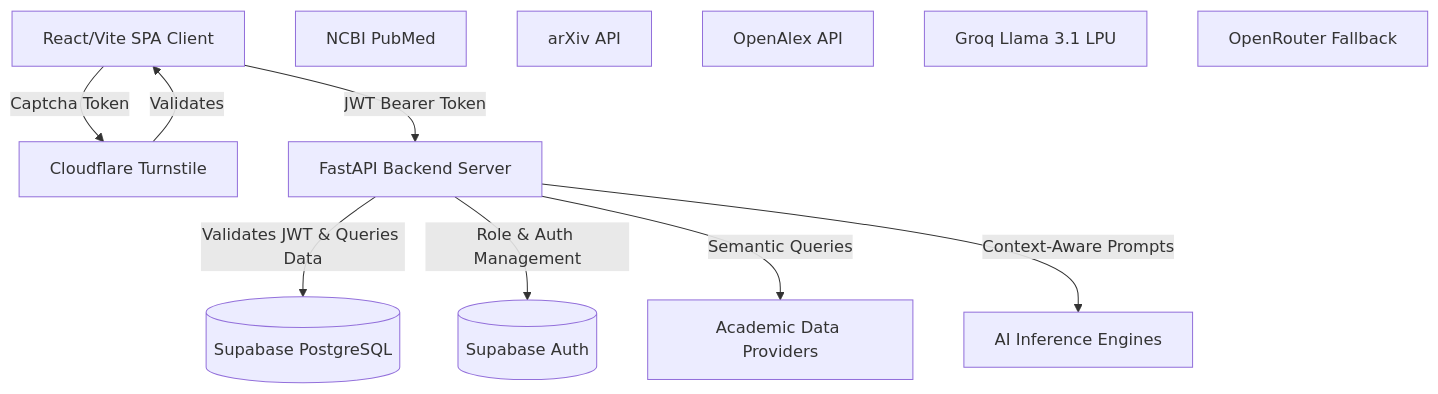
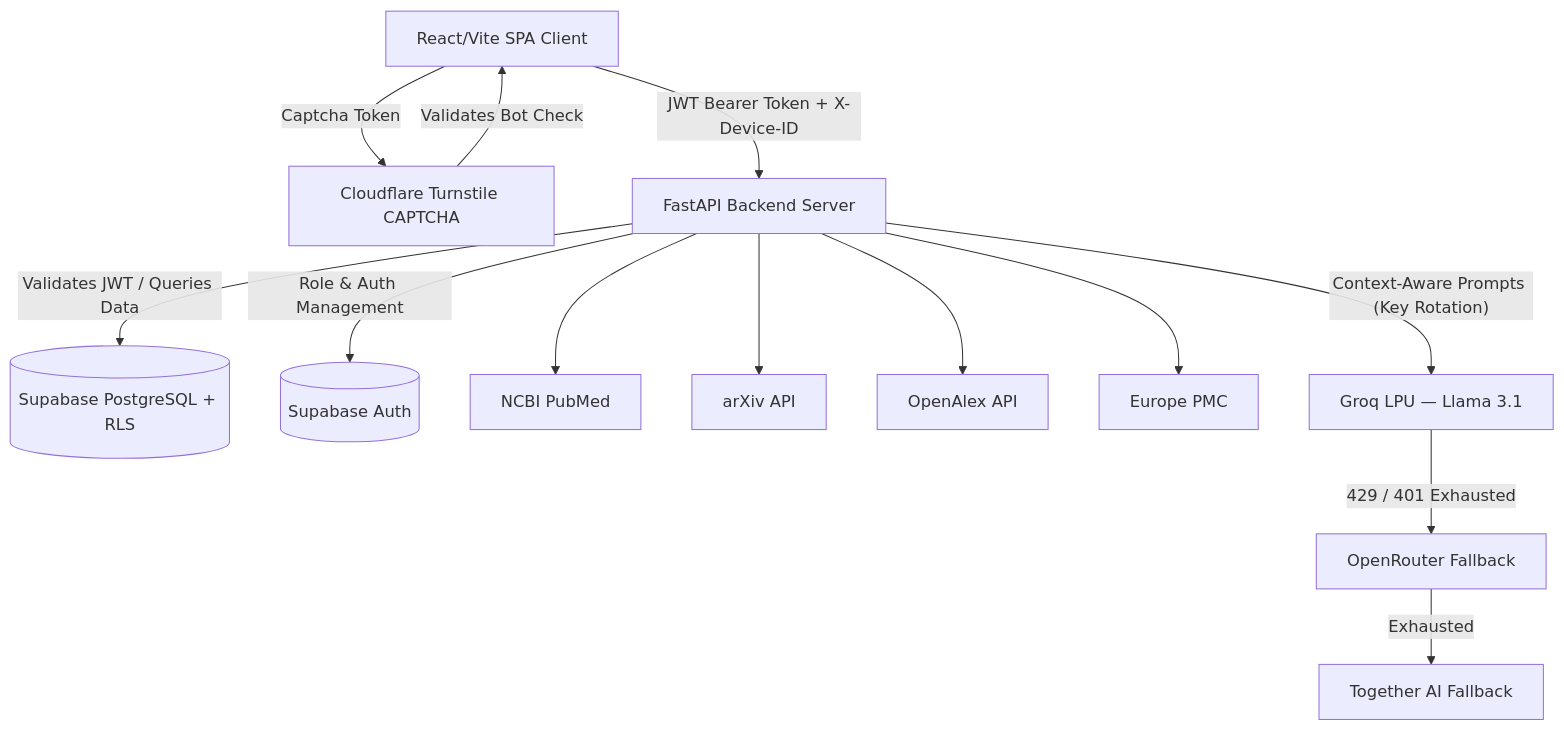
The first of 11 diagrams in SYSTEM_ARCHITECTURE_DEEP_DIVE.md (CodeWithPritom/ScholarHub-frontend), drawn with Mermaid before and after one commit. The commit also changed other lines of this file and 11 other files, not shown here.

````diff
--- a/SYSTEM_ARCHITECTURE_DEEP_DIVE.md
+++ b/SYSTEM_ARCHITECTURE_DEEP_DIVE.md
@@ -12,27 +13,29 @@
 ```mermaid
 graph TD
-    Client[React/Vite SPA Client]
-    Turnstile[Cloudflare Turnstile]
-    FastAPI[FastAPI Backend Server]
-    SupabaseDB[(Supabase PostgreSQL)]
-    Auth[(Supabase Auth)]
-    
-    SubGraph1[Academic Data Providers]
-    NCBI[NCBI PubMed]
-    Arxiv[arXiv API]
-    OpenAlex[OpenAlex API]
-    
-    SubGraph2[AI Inference Engines]
-    Groq[Groq Llama 3.1 LPU]
-    OpenRouter[OpenRouter Fallback]
+    Client["React/Vite SPA Client"]
+    Turnstile["Cloudflare Turnstile CAPTCHA"]
+    FastAPI["FastAPI Backend Server"]
+    SupabaseDB[("Supabase PostgreSQL + RLS")]
+    Auth[("Supabase Auth")]
 
-    Client -- JWT Bearer Token --> FastAPI
-    Client -- Captcha Token --> Turnstile
-    Turnstile -- Validates --> Client
-    
-    FastAPI -- Validates JWT & Queries Data --> SupabaseDB
-    FastAPI -- Role & Auth Management --> Auth
-    
-    FastAPI -- Semantic Queries --> SubGraph1
-    FastAPI -- Context-Aware Prompts --> SubGraph2
+    NCBI["NCBI PubMed"]
+    Arxiv["arXiv API"]
+    OpenAlex["OpenAlex API"]
+    EPMC["Europe PMC"]
+
+    Groq["Groq LPU — Llama 3.1"]
+    OpenRouter["OpenRouter Fallback"]
+    TogetherAI["Together AI Fallback"]
+
+    Client -- "JWT Bearer Token + X-Device-ID" --> FastAPI
+    Client -- "Captcha Token" --> Turnstile
+    Turnstile -- "Validates Bot Check" --> Client
+
+    FastAPI -- "Validates JWT / Queries Data" --> SupabaseDB
+    FastAPI -- "Role & Auth Management" --> Auth
+
+    FastAPI --> NCBI & Arxiv & OpenAlex & EPMC
+    FastAPI -- "Context-Aware Prompts (Key Rotation)" --> Groq
+    Groq -- "429 / 401 Exhausted" --> OpenRouter
+    OpenRouter -- "Exhausted" --> TogetherAI
 ```
````
